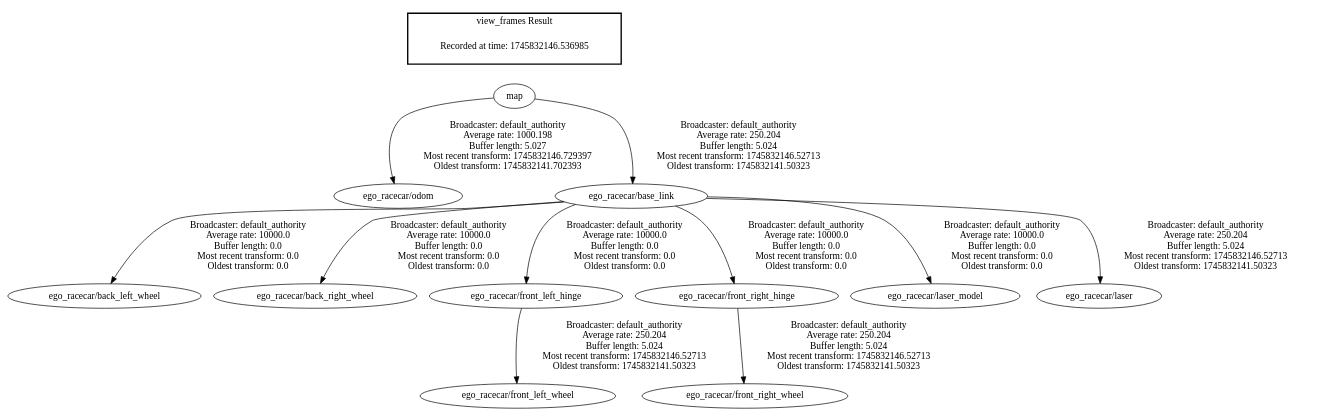
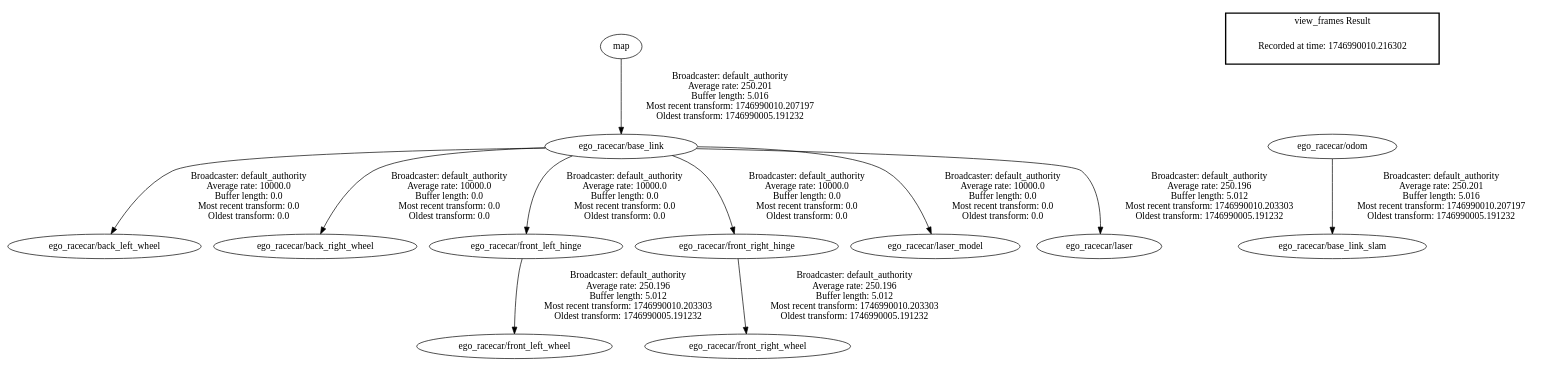
The diagram in frames.gv (amandoee/control_loop), drawn with Graphviz before and after one commit. The commit also changed 25 other files, not shown here.

```diff
--- a/frames.gv
+++ b/frames.gv
@@ -1,16 +1,16 @@
 digraph G {
-"map" -> "ego_racecar/odom"[label=" Broadcaster: default_authority\nAverage rate: 1000.198\nBuffer length: 5.027\nMost recent transform: 1745832146.729397\nOldest transform: 1745832141.702393\n"];
+"map" -> "ego_racecar/base_link"[label=" Broadcaster: default_authority\nAverage rate: 250.201\nBuffer length: 5.016\nMost recent transform: 1746990010.207197\nOldest transform: 1746990005.191232\n"];
 "ego_racecar/base_link" -> "ego_racecar/back_left_wheel"[label=" Broadcaster: default_authority\nAverage rate: 10000.0\nBuffer length: 0.0\nMost recent transform: 0.0\nOldest transform: 0.0\n"];
-"map" -> "ego_racecar/base_link"[label=" Broadcaster: default_authority\nAverage rate: 250.204\nBuffer length: 5.024\nMost recent transform: 1745832146.52713\nOldest transform: 1745832141.50323\n"];
 "ego_racecar/base_link" -> "ego_racecar/back_right_wheel"[label=" Broadcaster: default_authority\nAverage rate: 10000.0\nBuffer length: 0.0\nMost recent transform: 0.0\nOldest transform: 0.0\n"];
 "ego_racecar/base_link" -> "ego_racecar/front_left_hinge"[label=" Broadcaster: default_authority\nAverage rate: 10000.0\nBuffer length: 0.0\nMost recent transform: 0.0\nOldest transform: 0.0\n"];
 "ego_racecar/base_link" -> "ego_racecar/front_right_hinge"[label=" Broadcaster: default_authority\nAverage rate: 10000.0\nBuffer length: 0.0\nMost recent transform: 0.0\nOldest transform: 0.0\n"];
 "ego_racecar/base_link" -> "ego_racecar/laser_model"[label=" Broadcaster: default_authority\nAverage rate: 10000.0\nBuffer length: 0.0\nMost recent transform: 0.0\nOldest transform: 0.0\n"];
-"ego_racecar/base_link" -> "ego_racecar/laser"[label=" Broadcaster: default_authority\nAverage rate: 250.204\nBuffer length: 5.024\nMost recent transform: 1745832146.52713\nOldest transform: 1745832141.50323\n"];
-"ego_racecar/front_left_hinge" -> "ego_racecar/front_left_wheel"[label=" Broadcaster: default_authority\nAverage rate: 250.204\nBuffer length: 5.024\nMost recent transform: 1745832146.52713\nOldest transform: 1745832141.50323\n"];
-"ego_racecar/front_right_hinge" -> "ego_racecar/front_right_wheel"[label=" Broadcaster: default_authority\nAverage rate: 250.204\nBuffer length: 5.024\nMost recent transform: 1745832146.52713\nOldest transform: 1745832141.50323\n"];
+"ego_racecar/odom" -> "ego_racecar/base_link_slam"[label=" Broadcaster: default_authority\nAverage rate: 250.201\nBuffer length: 5.016\nMost recent transform: 1746990010.207197\nOldest transform: 1746990005.191232\n"];
+"ego_racecar/base_link" -> "ego_racecar/laser"[label=" Broadcaster: default_authority\nAverage rate: 250.196\nBuffer length: 5.012\nMost recent transform: 1746990010.203303\nOldest transform: 1746990005.191232\n"];
+"ego_racecar/front_left_hinge" -> "ego_racecar/front_left_wheel"[label=" Broadcaster: default_authority\nAverage rate: 250.196\nBuffer length: 5.012\nMost recent transform: 1746990010.203303\nOldest transform: 1746990005.191232\n"];
+"ego_racecar/front_right_hinge" -> "ego_racecar/front_right_wheel"[label=" Broadcaster: default_authority\nAverage rate: 250.196\nBuffer length: 5.012\nMost recent transform: 1746990010.203303\nOldest transform: 1746990005.191232\n"];
 edge [style=invis];
  subgraph cluster_legend { style=bold; color=black; label ="view_frames Result";
-"Recorded at time: 1745832146.536985"[ shape=plaintext ] ;
-}->"map";
+"Recorded at time: 1746990010.216302"[ shape=plaintext ] ;
+}->"ego_racecar/odom";
 }
```
